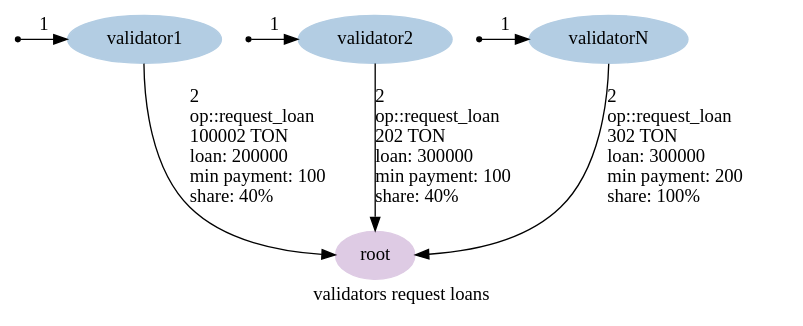
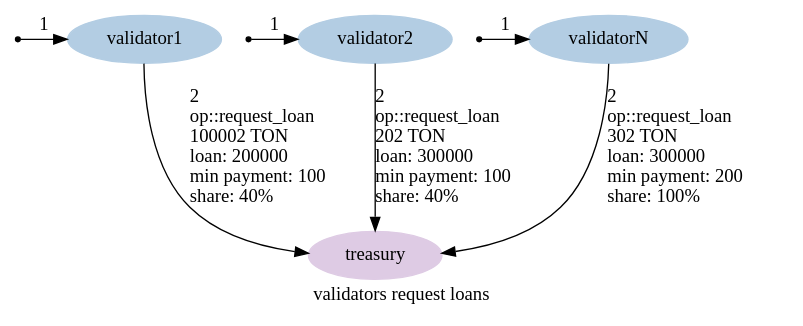
The diagram in graphs/06-request-loan.dot (HipoFinance/contract), drawn with Graphviz before and after one commit. The commit also changed 23 other files, not shown here.

Commit message:
Rename root to treasury

```diff
--- a/graphs/06-request-loan.dot
+++ b/graphs/06-request-loan.dot
@@ -1,21 +1,21 @@
 digraph {
     label="validators request loans"
     node [ colorscheme=pastel19 style=filled ]
 
     /* Entities */
     external1, external2, externalN [ shape=point ]
     validator1, validator2, validatorN [ color=2 ]
-    root [ color=4 ]
+    treasury [ color=4 ]
 
     /* Relationships */
     external1 -> validator1 [ label="1" ]
-    validator1 -> root [ label="2\l op::request_loan\l 100002 TON\l loan: 200000\l min payment: 100\l share: 40%\l" ]
+    validator1 -> treasury [ label="2\l op::request_loan\l 100002 TON\l loan: 200000\l min payment: 100\l share: 40%\l" ]
     external2 -> validator2 [ label="1" ]
-    validator2 -> root [ label="2\l op::request_loan\l 202 TON\l loan: 300000\l min payment: 100\l share: 40%\l" ]
+    validator2 -> treasury [ label="2\l op::request_loan\l 202 TON\l loan: 300000\l min payment: 100\l share: 40%\l" ]
     externalN -> validatorN [ label="1" ]
-    validatorN -> root [ label="2\l op::request_loan\l 302 TON\l loan: 300000\l min payment: 200\l share: 100%\l" ]
+    validatorN -> treasury [ label="2\l op::request_loan\l 302 TON\l loan: 300000\l min payment: 200\l share: 100%\l" ]
 
     /* Ranks */
     { rank=min external1 validator1 external2 validator2 externalN validatorN }
-    { rank=max root }
+    { rank=max treasury }
 }
```
